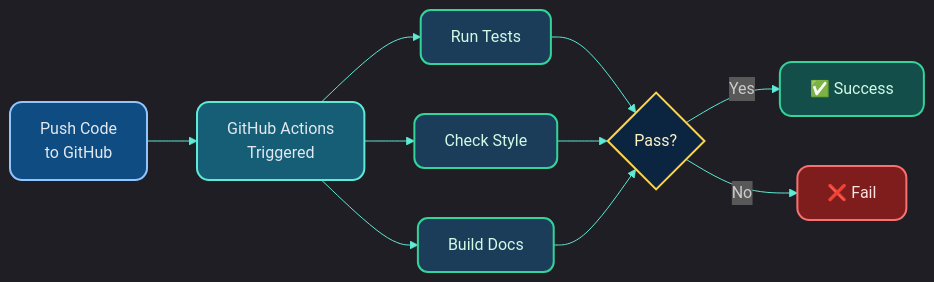
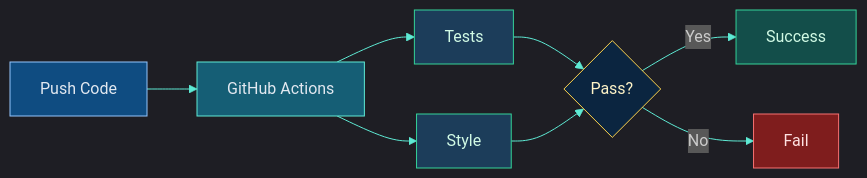
Before and after one commit to MindaugasSarpis/CERN_lessons_on_data_analysis: the second of 2 diagrams in lectures/content/slides/L12_Reproducible_Workflows.md, drawn with Mermaid. The commit also changed other lines of this file and 2 other files, not shown here.

````diff
--- a/lectures/content/slides/L12_Reproducible_Workflows.md
+++ b/lectures/content/slides/L12_Reproducible_Workflows.md
@@ -1100,20 +1067,18 @@
 ```mermaid
-%%{init: {'theme': 'dark', 'themeVariables': {'primaryColor': '#0f1f3d', 'primaryBorderColor': '#60a5fa', 'primaryTextColor': '#e2e8f0', 'lineColor': '#5eead4', 'fontFamily': 'Inter'}, 'flowchart': {'curve': 'basis', 'htmlLabels': true}}}%%
+%%{init: {'theme': 'dark', 'themeVariables': {'primaryColor': '#0f1f3d', 'primaryBorderColor': '#60a5fa', 'primaryTextColor': '#e2e8f0', 'lineColor': '#5eead4'}, 'flowchart': {'curve': 'basis'}}}%%
 flowchart LR
-    A[Push Code<br/>to GitHub]:::action --> B[GitHub Actions<br/>Triggered]:::process
-    B --> C[Run Tests]:::step
-    B --> D[Check Style]:::step
-    B --> E[Build Docs]:::step
-    C --> F{Pass?}:::decision
-    D --> F
-    E --> F
-    F -->|Yes| G[✅ Success]:::success
-    F -->|No| H[❌ Fail]:::fail
+    A[Push Code]:::action --> B[GitHub Actions]:::process
+    B --> C[Tests]:::step
+    B --> D[Style]:::step
+    C --> E{Pass?}:::decision
+    D --> E
+    E -->|Yes| F[Success]:::success
+    E -->|No| G[Fail]:::fail
 
-    classDef action fill:#0f4c81,stroke:#93c5fd,stroke-width:2px,color:#e2e8f0,rx:12px
-    classDef process fill:#155e75,stroke:#5eead4,stroke-width:2px,color:#e2e8f0,rx:12px
-    classDef step fill:#1c3d5a,stroke:#34d399,stroke-width:2px,color:#d1fae5,rx:10px
-    classDef decision fill:#0b2540,stroke:#fcd34d,stroke-width:2px,color:#fef3c7,rx:14px
-    classDef success fill:#134e4a,stroke:#34d399,stroke-width:2px,color:#d1fae5,rx:12px
-    classDef fail fill:#7f1d1d,stroke:#f87171,stroke-width:2px,color:#fee2e2,rx:12px
+    classDef action fill:#0f4c81,stroke:#93c5fd,color:#e2e8f0
+    classDef process fill:#155e75,stroke:#5eead4,color:#e2e8f0
+    classDef step fill:#1c3d5a,stroke:#34d399,color:#d1fae5
+    classDef decision fill:#0b2540,stroke:#fcd34d,color:#fef3c7
+    classDef success fill:#134e4a,stroke:#34d399,color:#d1fae5
+    classDef fail fill:#7f1d1d,stroke:#f87171,color:#fee2e2
 ```
````
